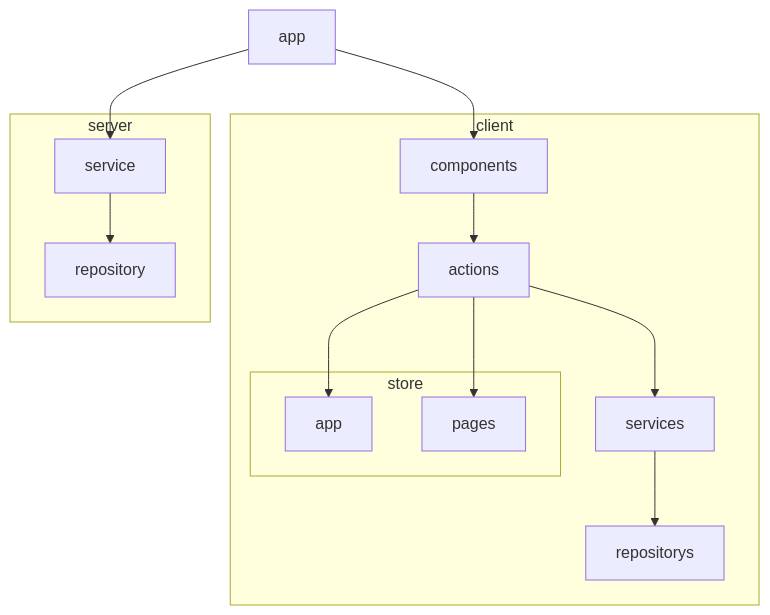
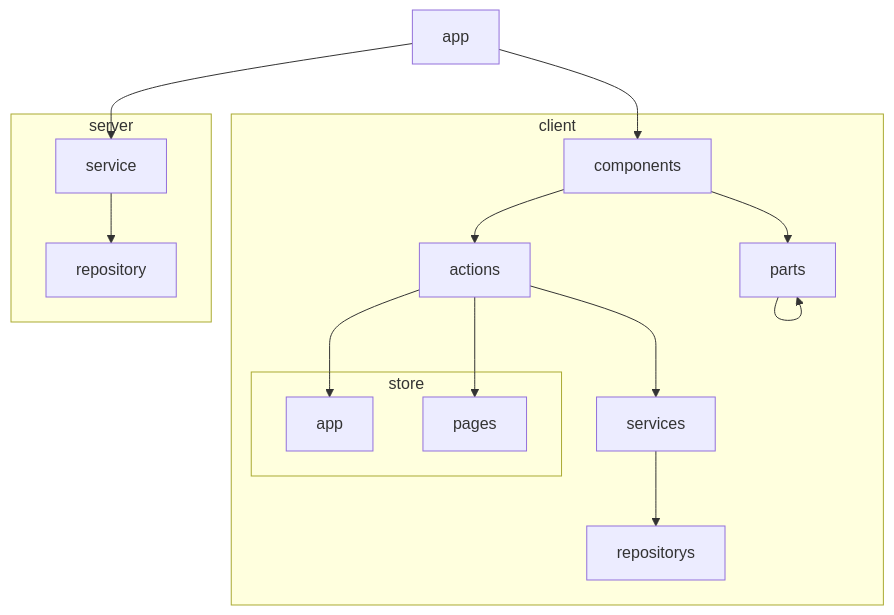
The diagram in doc/dependency.md (jinopapo/api-diff), drawn with Mermaid before and after one commit. The commit also changed 2 other files, not shown here.

Commit message:
Add coding rules and update dependency diagram to include parts

````diff
--- a/doc/dependency.md
+++ b/doc/dependency.md
@@ -1,30 +1,33 @@
 ```mermaid
 graph TD
   App[app]
 
   subgraph Client[client]
     CComp[components]
+    CParts[parts]
     CAct[actions]
     CSvc[services]
     CRepo[repositorys]
     subgraph CStore[store]
       CStoreApp[app]
       CStorePages[pages]
     end
   end
 
   subgraph Server[server]
     SSvc[service]
     SRepo[repository]
   end
 
   %% 許可される導線（明示ルール）
   App --> CComp
   App --> SSvc
+  CComp --> CParts
+  CParts --> CParts
   CComp --> CAct
   CAct --> CSvc
   CSvc --> CRepo
   CAct --> CStoreApp
   CAct --> CStorePages
   SSvc --> SRepo
 ```
````
